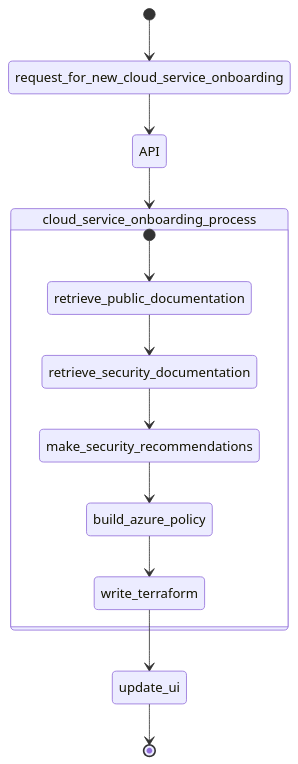
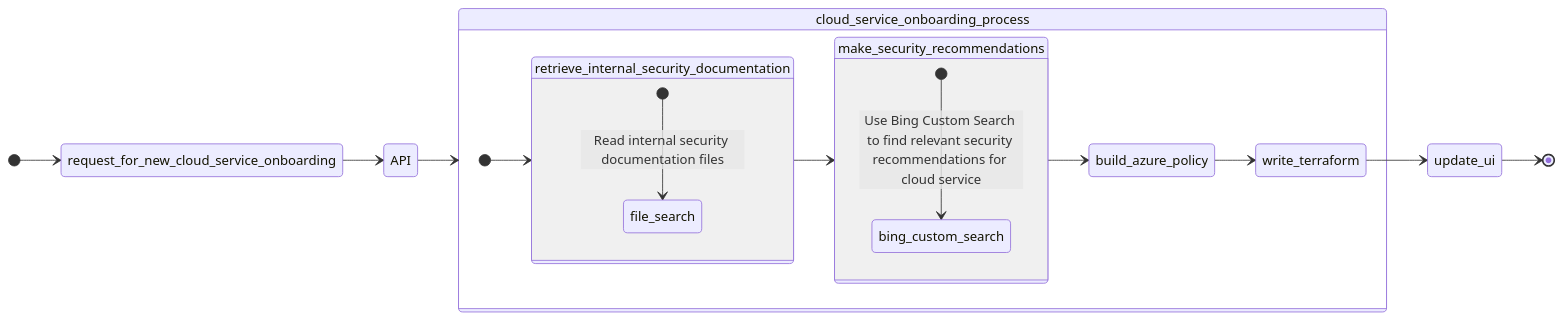
One commit to jordanbean-msft/cloud-service-onboarding-agent changed the diagram in .img/cloud-service-onboarding-process.mermaid. Above: the diagram before and after it, drawn with Mermaid. The commit also changed 19 other files, not shown here.

```diff
--- a/.img/cloud-service-onboarding-process.mermaid
+++ b/.img/cloud-service-onboarding-process.mermaid
@@ -1,14 +1,19 @@
 stateDiagram-v2
+direction LR
     [*] -->  request_for_new_cloud_service_onboarding
     request_for_new_cloud_service_onboarding --> API
     API --> cloud_service_onboarding_process
     state cloud_service_onboarding_process {
-        [*] --> retrieve_public_documentation
-
-        retrieve_public_documentation --> retrieve_security_documentation
-        retrieve_security_documentation --> make_security_recommendations
+        [*] --> retrieve_internal_security_documentation
+        state retrieve_internal_security_documentation {
+            [*] --> file_search: Read internal security documentation files
+        }
+        retrieve_internal_security_documentation --> make_security_recommendations
+        state make_security_recommendations {
+            [*] --> bing_custom_search: Use Bing Custom Search to find relevant security recommendations for cloud service
+        }
         make_security_recommendations --> build_azure_policy
         build_azure_policy --> write_terraform
     }
     write_terraform --> update_ui
     update_ui --> [*]
```
